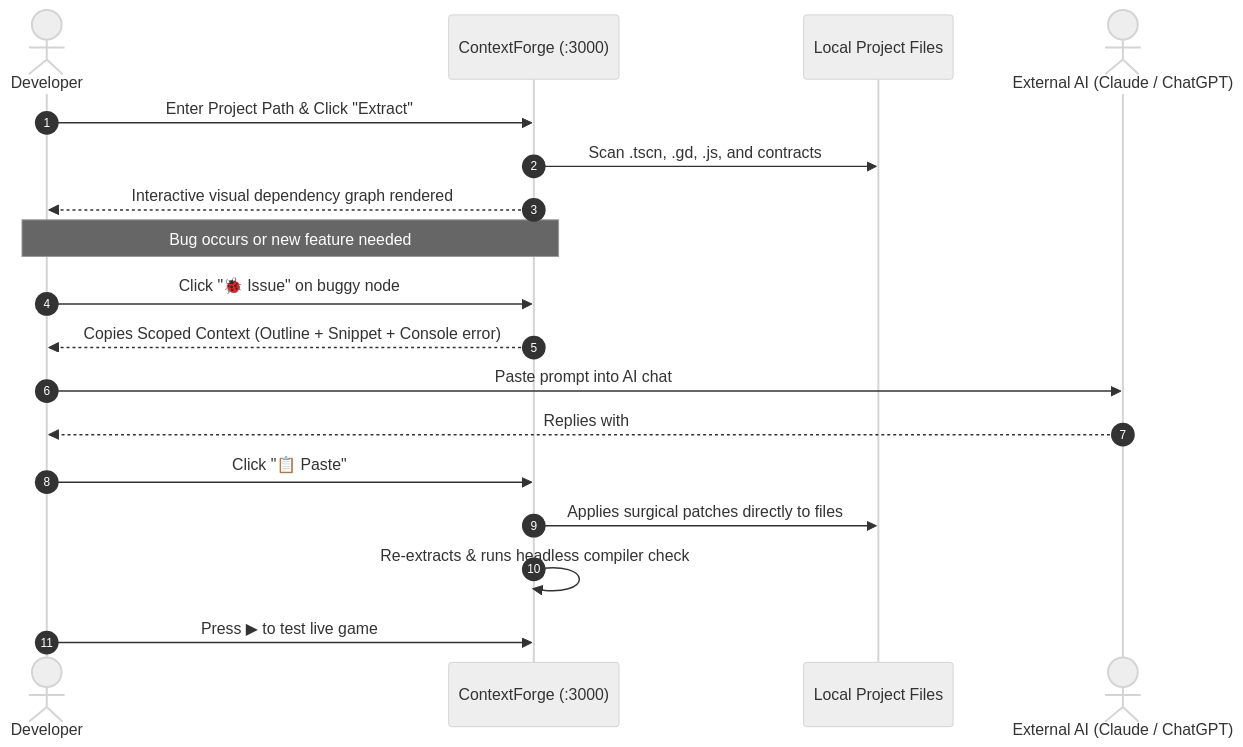
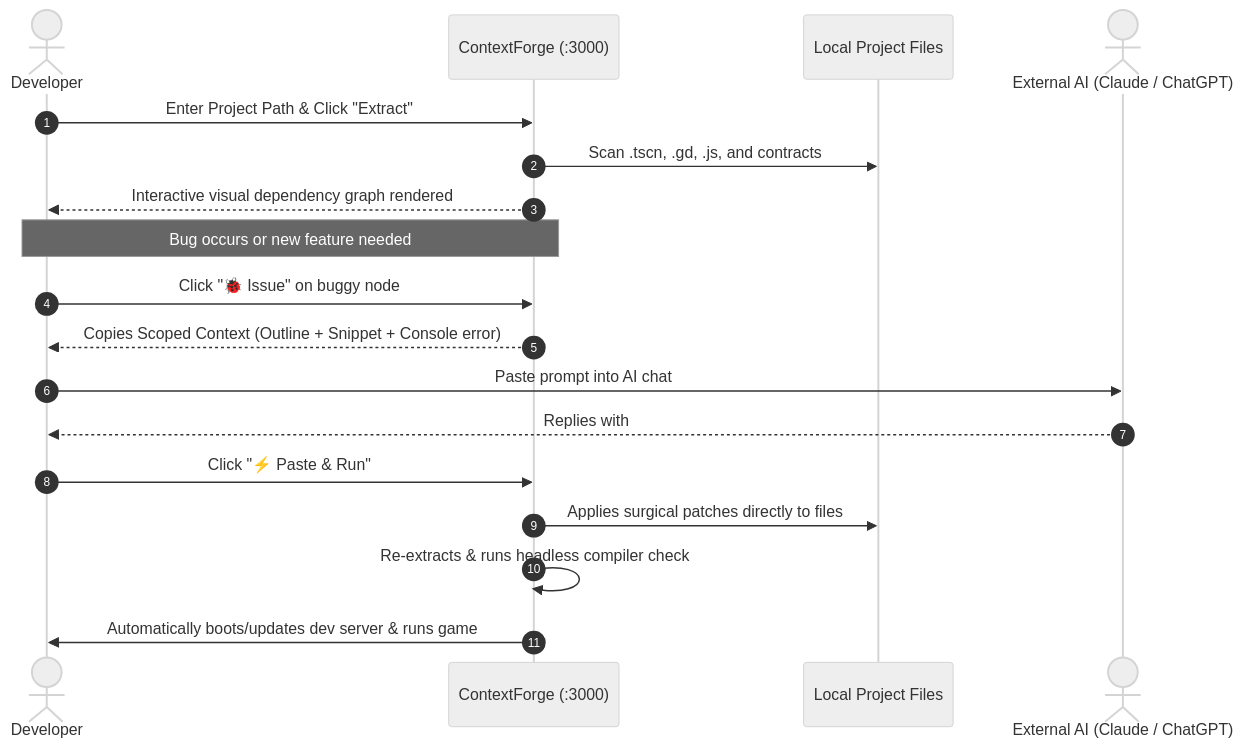
The diagram in README.md (aymenhayderhtml-pixel/contextforge), drawn with Mermaid (neutral theme) before and after one commit. The commit also changed other lines of this file and 51 other files, not shown here.

````diff
--- a/README.md
+++ b/README.md
@@ -121,24 +124,24 @@
 ```mermaid
 sequenceDiagram
     autonumber
     actor Dev as Developer
     participant CF as ContextForge (:3000)
     participant Disk as Local Project Files
     actor AI as External AI (Claude / ChatGPT)
 
     Dev->>CF: Enter Project Path & Click "Extract"
     CF->>Disk: Scan .tscn, .gd, .js, and contracts
     CF-->>Dev: Interactive visual dependency graph rendered
     
     Note over Dev,CF: Bug occurs or new feature needed
     Dev->>CF: Click "🐞 Issue" on buggy node
     CF-->>Dev: Copies Scoped Context (Outline + Snippet + Console error)
     
     Dev->>AI: Paste prompt into AI chat
     AI-->>Dev: Replies with ### EDIT: or ### FILE: blocks
     
-    Dev->>CF: Click "📋 Paste"
+    Dev->>CF: Click "⚡ Paste & Run"
     CF->>Disk: Applies surgical patches directly to files
     CF->>CF: Re-extracts & runs headless compiler check
-    Dev->>CF: Press ▶ to test live game
+    CF->>Dev: Automatically boots/updates dev server & runs game
 ```
````
